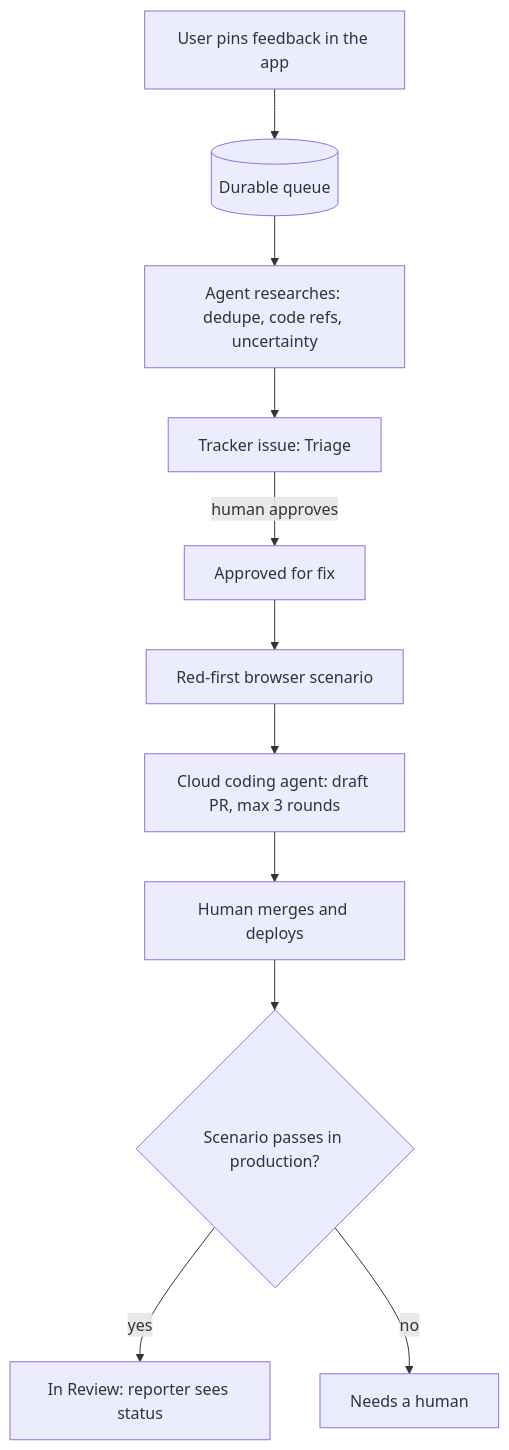
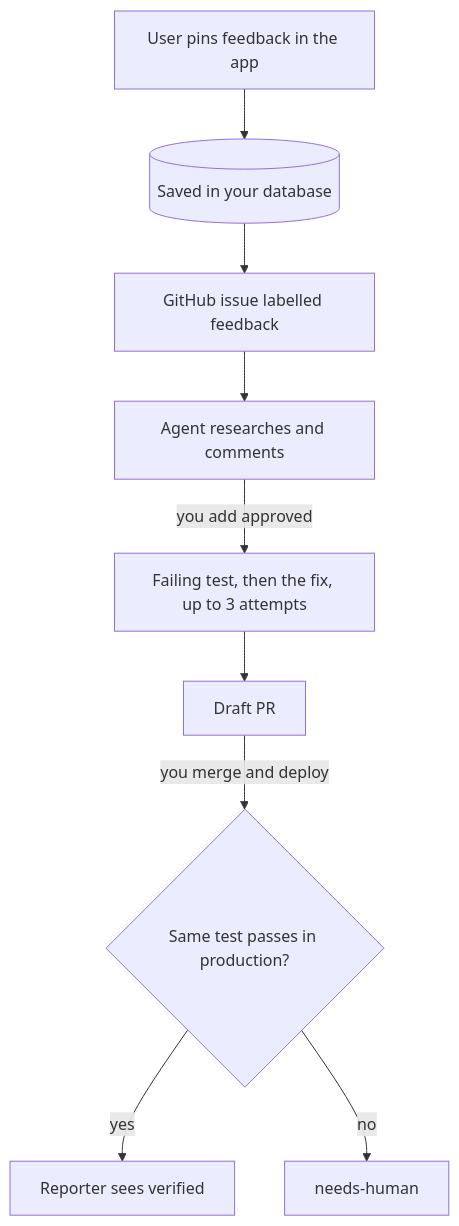
One commit to AgasiArgent/user-driven-development changed the diagram in README.md. Above: the diagram before and after it, drawn with Mermaid. The commit also changed other lines of this file and 4 other files, not shown here.

````diff
--- a/README.md
+++ b/README.md
@@ -25,13 +13,11 @@
 ```mermaid
 flowchart TD
-  U[User pins feedback in the app] --> Q[(Durable queue)]
-  Q --> R[Agent researches: dedupe, code refs, uncertainty]
-  R --> T[Tracker issue: Triage]
-  T -->|human approves| A[Approved for fix]
-  A --> S[Red-first browser scenario]
-  S --> C[Cloud coding agent: draft PR, max 3 rounds]
-  C --> M[Human merges and deploys]
-  M --> V{Scenario passes in production?}
-  V -->|yes| IR[In Review: reporter sees status]
-  V -->|no| H[Needs a human]
+  U[User pins feedback in the app] --> Q[(Saved in your database)]
+  Q --> I[GitHub issue labelled feedback]
+  I --> R[Agent researches and comments]
+  R -->|you add approved| F[Failing test, then the fix, up to 3 attempts]
+  F --> P[Draft PR]
+  P -->|you merge and deploy| V{Same test passes in production?}
+  V -->|yes| D[Reporter sees verified]
+  V -->|no| H[needs-human]
 ```
````
